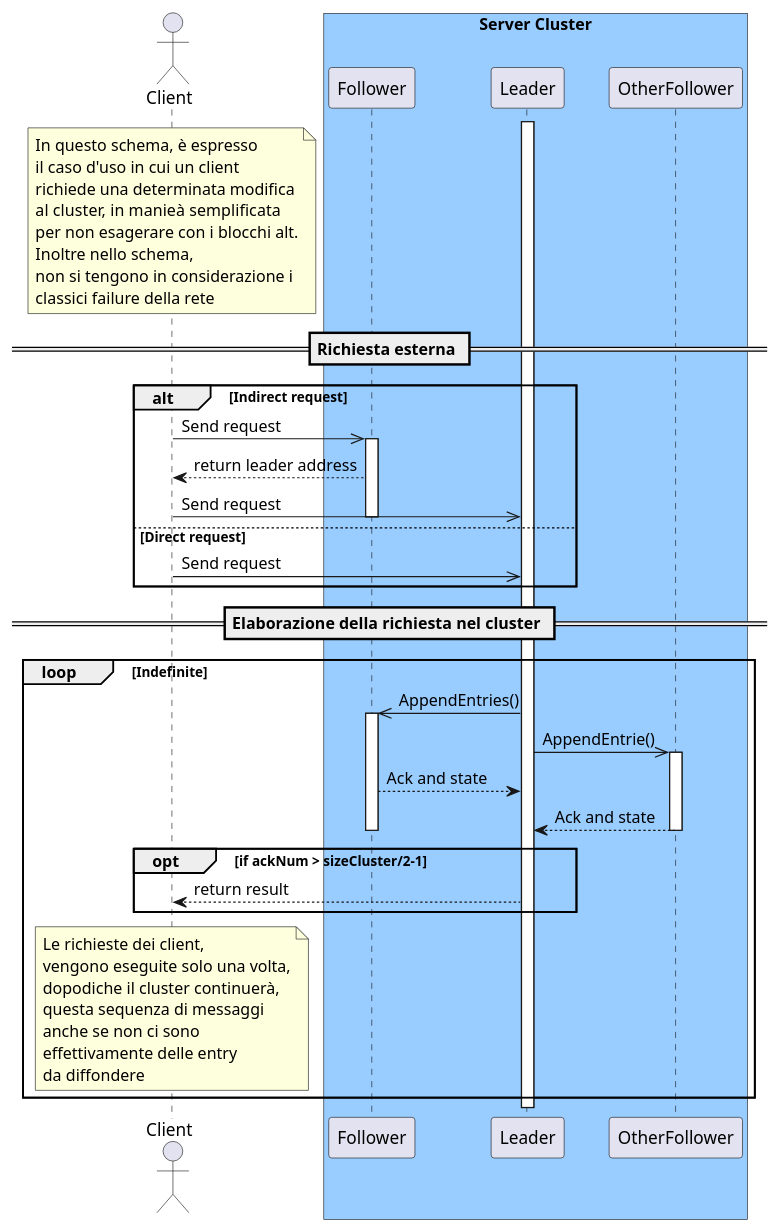
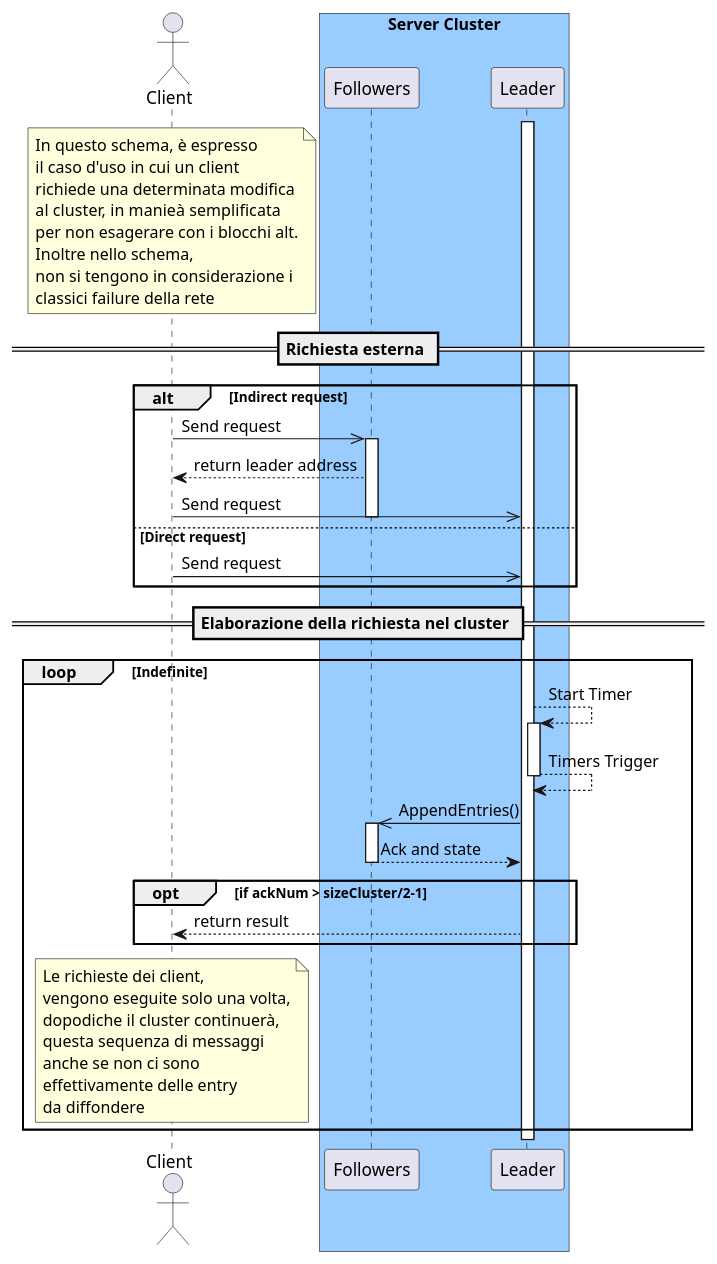
The diagram in doc/plantuml/SeqDiagram/ClientRequest.plantuml (thedevstone/akka-raft), drawn with PlantUML before and after one commit. The commit also changed 1 other file, not shown here.

Commit message:
Leggera modifica, ho fuso i follower per ottenere uno schema meno confusionario

```diff
--- a/doc/plantuml/SeqDiagram/ClientRequest.plantuml
+++ b/doc/plantuml/SeqDiagram/ClientRequest.plantuml
@@ -1,54 +1,52 @@
 @startuml
     
   actor "Client"  
   box "Server Cluster" #99CCFF
-    participant "Follower" as Follower
+    participant "Followers" as Followers
     participant "Leader" as Leader
-    participant "OtherFollower" as OtherFollower
 	end box
   activate Leader
 
   note Over Client 
     In questo schema, è espresso 
     il caso d'uso in cui un client 
     richiede una determinata modifica
     al cluster, in manieà semplificata
     per non esagerare con i blocchi alt.
     Inoltre nello schema,
     non si tengono in considerazione i
     classici failure della rete
   end note
   == Richiesta esterna ==
   alt Indirect request
-  Client ->> Follower : Send request 
-  activate Follower
-  Follower --> Client : return leader address
+  Client ->> Followers : Send request 
+  activate Followers
+  Followers --> Client : return leader address
   Client ->> Leader : Send request
-  deactivate Follower
+  deactivate Followers
   else Direct request
   Client ->> Leader : Send request
   end group
   == Elaborazione della richiesta nel cluster ==
   loop Indefinite
-    Leader ->> Follower : AppendEntries()
-    activate Follower
-    Leader ->> OtherFollower : AppendEntrie()
-    activate OtherFollower
-    Follower --> Leader : Ack and state
-    OtherFollower --> Leader : Ack and state
-    deactivate Follower
-    deactivate OtherFollower
+    Leader --> Leader ++ : Start Timer
+    return Timers Trigger
+    Leader ->> Followers : AppendEntries()
+
+    activate Followers
+    Followers --> Leader : Ack and state
+    deactivate Followers
       opt if ackNum > sizeCluster/2-1
         Leader --> Client : return result
     end group
     note Over Client 
       Le richieste dei client, 
       vengono eseguite solo una volta,
       dopodiche il cluster continuerà,
       questa sequenza di messaggi
       anche se non ci sono 
       effettivamente delle entry
       da diffondere
     end note
   end group
 @enduml
```
